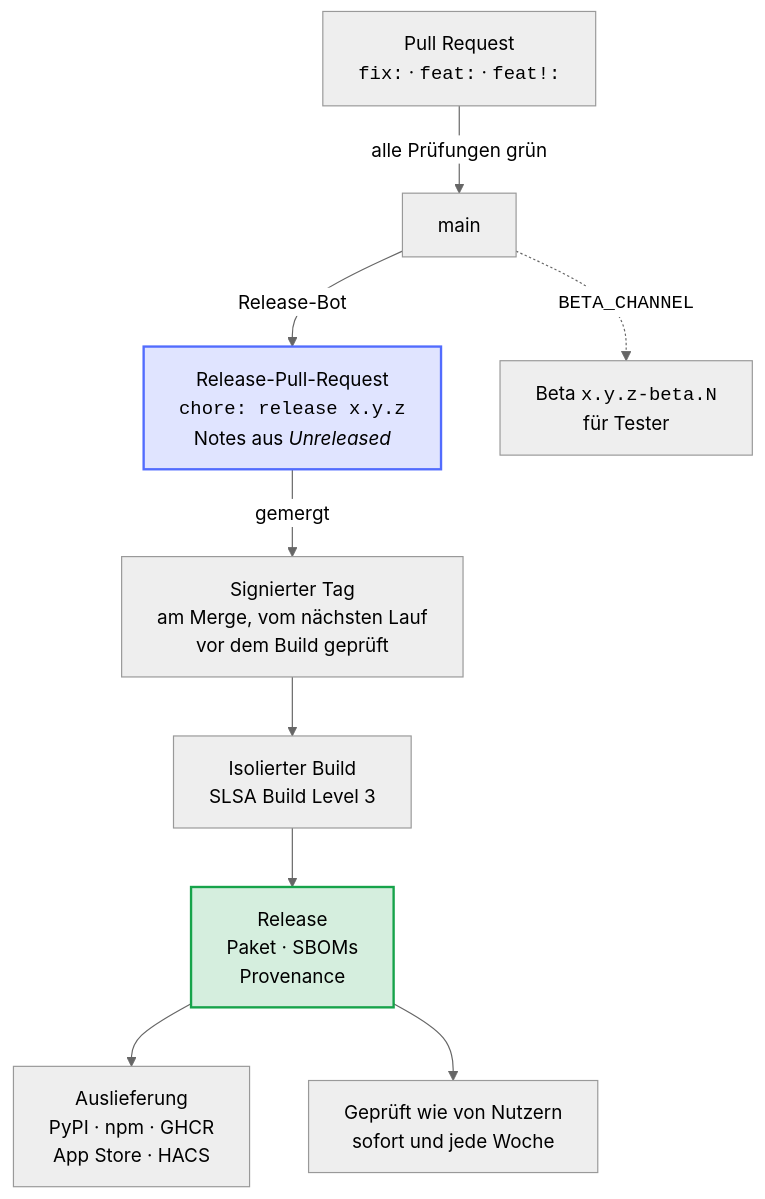
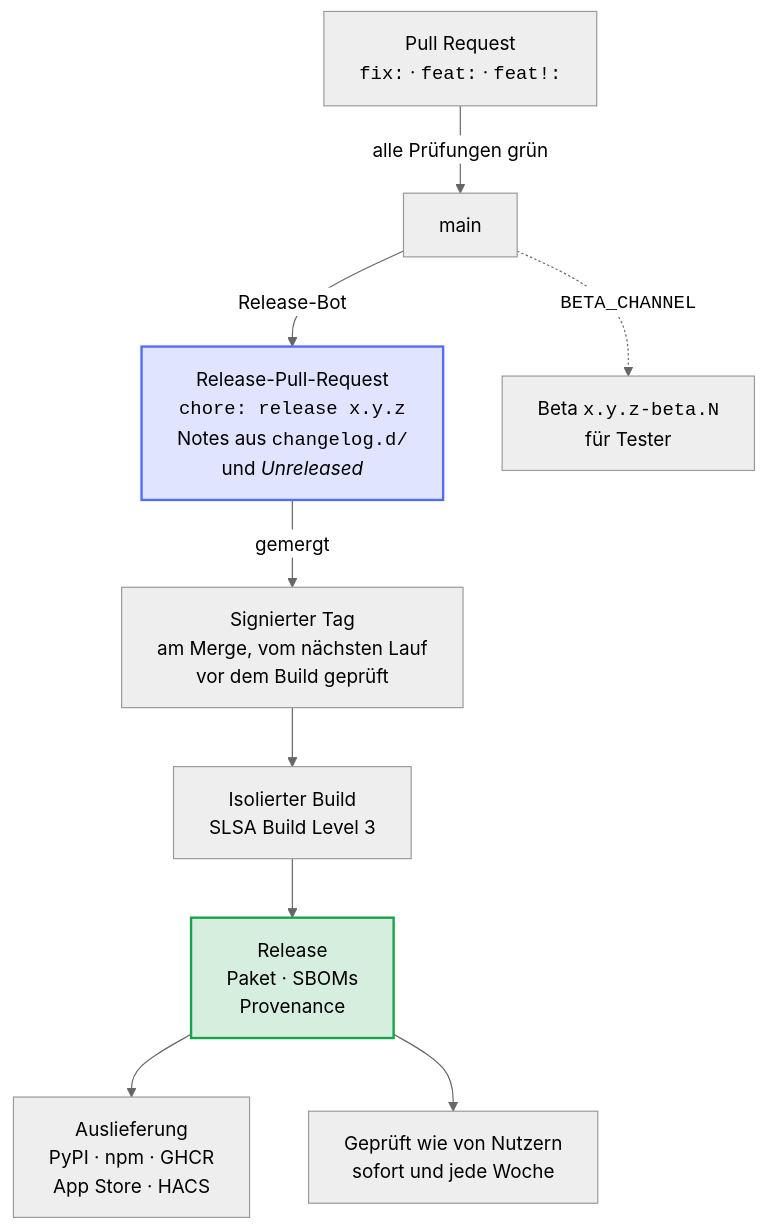
The second of 11 diagrams in README.de.md (Dennis-Otto/repo-blueprint), drawn with Mermaid (neutral theme) before and after one commit. The commit also changed other lines of this file and 27 other files, not shown here.

````diff
--- a/README.de.md
+++ b/README.de.md
@@ -91,32 +91,32 @@
 ```mermaid
 ---
 config:
   flowchart:
     wrappingWidth: 400
 ---
 flowchart TB
     accTitle: Von einer Änderung zum Release
-    accDescr: Ein Pull Request mit dem Titel fix, feat oder feat! merged in main, sobald alle Prüfungen grün sind. Der Release-Bot hält einen Release-Pull-Request mit der nächsten Version und dem Text von Unreleased. Sein Merge signiert zuerst seinen Tag, im nächsten Lauf des Release-Bots, baut dann das Release isoliert, sobald der Tag geprüft ist, signiert und veröffentlicht es, liefert es aus und prüft es, sofort und jede Woche. Mit BETA_CHANNEL wird außerdem jede Änderung für Nutzer zu einer Beta.
+    accDescr: Ein Pull Request mit dem Titel fix, feat oder feat! merged in main, sobald alle Prüfungen grün sind. Der Release-Bot hält einen Release-Pull-Request mit der nächsten Version und dem Text der Fragmente und von Unreleased. Sein Merge signiert zuerst seinen Tag, im nächsten Lauf des Release-Bots, baut dann das Release isoliert, sobald der Tag geprüft ist, signiert und veröffentlicht es, liefert es aus und prüft es, sofort und jede Woche. Mit BETA_CHANNEL wird außerdem jede Änderung für Nutzer zu einer Beta.
 
     pr["Pull Request<br><code>fix:</code> · <code>feat:</code> · <code>feat!:</code>"]
     main["main"]
-    rpr["Release-Pull-Request<br><code>chore: release x.y.z</code><br>Notes aus <i>Unreleased</i>"]
+    rpr["Release-Pull-Request<br><code>chore: release x.y.z</code><br>Notes aus <code>changelog.d/</code><br>und <i>Unreleased</i>"]
     beta["Beta <code>x.y.z-beta.N</code><br>für Tester"]
     tag["Signierter Tag<br>am Merge, vom nächsten Lauf<br>vor dem Build geprüft"]
     build["Isolierter Build<br>SLSA Build Level 3"]
     release["Release<br>Paket · SBOMs<br>Provenance"]
     deliver["Auslieferung<br>PyPI · npm · GHCR<br>App Store · HACS"]
     verify["Geprüft wie von Nutzern<br>sofort und jede Woche"]
 
     pr -- "alle Prüfungen grün" --> main
     main -- "Release-Bot" --> rpr
     main -. "<code>BETA_CHANNEL</code>" .-> beta
     rpr -- "gemergt" --> tag --> build --> release
     release --> deliver
     release --> verify
 
     classDef bot fill:#526cfe2e,stroke:#526cfe,stroke-width:2px
     classDef done fill:#16a34a2e,stroke:#16a34a,stroke-width:2px
     class rpr bot
     class release done
 ```
````
